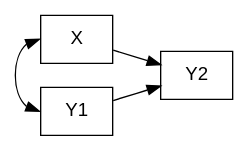
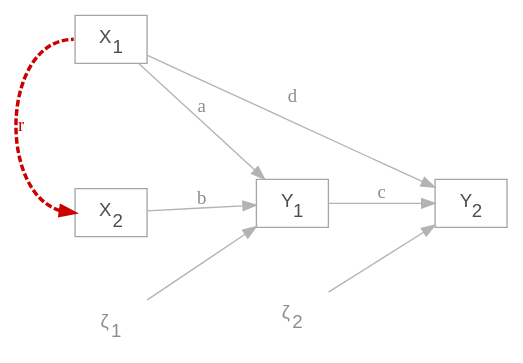
Diagram 11 of 26 in 5_Slides/Intro_to_SEM_part1.qmd (pennekampster/Swiss_SEM), drawn with Graphviz before and after one commit. The commit also changed other lines of this file and 5 other files, not shown here.

````diff
--- a/5_Slides/Intro_to_SEM_part1.qmd
+++ b/5_Slides/Intro_to_SEM_part1.qmd
@@ -866,23 +845,26 @@
 ```{dot}
-//| fig-width: 6
-digraph  {
+//| fig-width: 6.5
+//| fig-height: 3.3
 
-  # a 'graph' statement
-  graph [overlap = false, fontsize = 15, layout = dot, rankdir = LR]
-
-  # 'node' statements
-  node [shape = box,
-        fontname = Helvetica]
-  X 
-  Y1 
-  Y2
-
-  # 'edge' statements
-  X -> Y2
-  Y1 -> Y2
-  X:w -> Y1:w [dir=both]
+digraph {
+  graph [rankdir = LR, fontsize = 14, ranksep = 1.0, nodesep = 0.65]
   
-  {rank=same X; Y1}
-
+  node [shape = box, fontname = Helvetica, color = "gray65", fontcolor = "gray30"]
+  X1 [label = <X<SUB>1</SUB>>]; 
+  X2 [label = <X<SUB>2</SUB>>]
+  Y1 [label = <Y<SUB>1</SUB>>]; 
+  Y2 [label = <Y<SUB>2</SUB>>]
+  
+  node [shape = plaintext, color = "gray65", fontcolor = "gray55"]
+  z1 [label = <&zeta;<SUB>1</SUB>>]; z2 [label = <&zeta;<SUB>2</SUB>>]
+  
+  edge [color = "gray70", fontcolor = "gray55"]
+  X1 -> Y1 [label = "a"]; X2 -> Y1 [label = "b"]
+  Y1 -> Y2 [label = "c"]; X1 -> Y2 [label = "d"]
+  X1:w -> X2:w [dir = both, constraint = false, label = "r", color = "#cc0000", penwidth = 2.6, fontcolor = "#cc0000", style = dashed]
+  
+  z1 -> Y1; z2 -> Y2
+  {rank = min; X1; X2}
+  {rank = max; Y2}
 }
 ```
````
